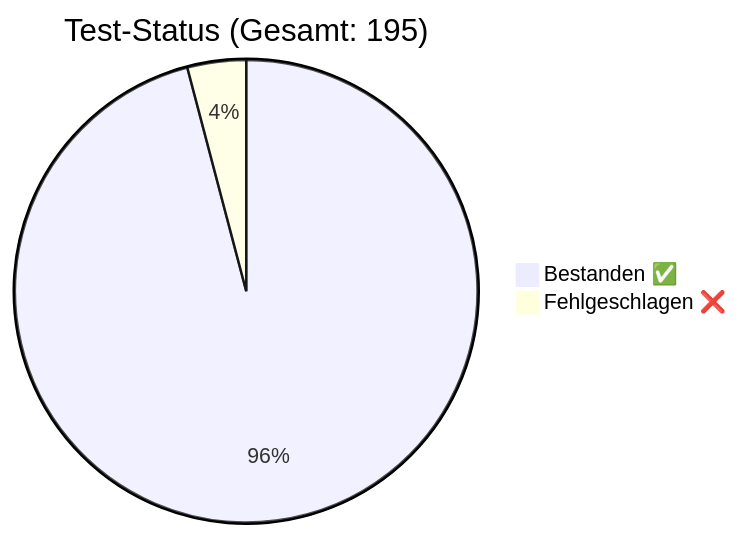
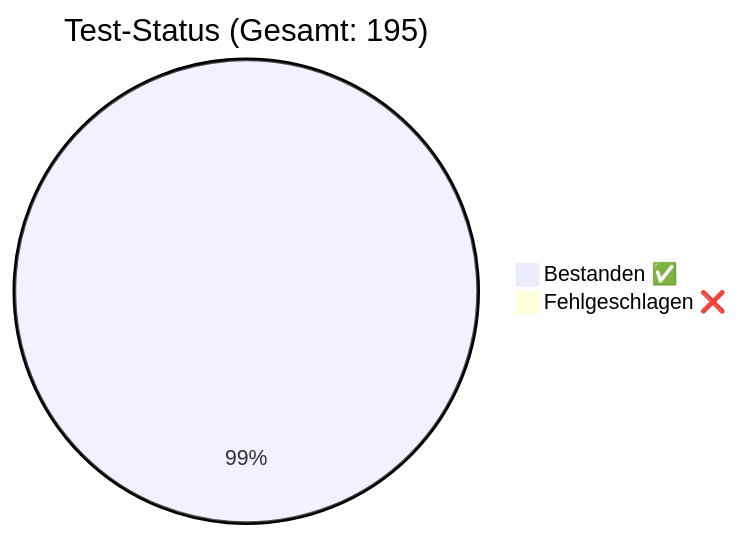
Before and after one commit to rorila/GCS: the diagram in docs/QA_Report.md, drawn with Mermaid. The commit also changed other lines of this file and 18 other files, not shown here.

````diff
--- a/docs/QA_Report.md
+++ b/docs/QA_Report.md
@@ -7,5 +7,5 @@
 ```mermaid
 pie title Test-Status (Gesamt: 195)
-    "Bestanden ✅" : 187
-    "Fehlgeschlagen ❌" : 8
+    "Bestanden ✅" : 194
+    "Fehlgeschlagen ❌" : 1
 ```
````
